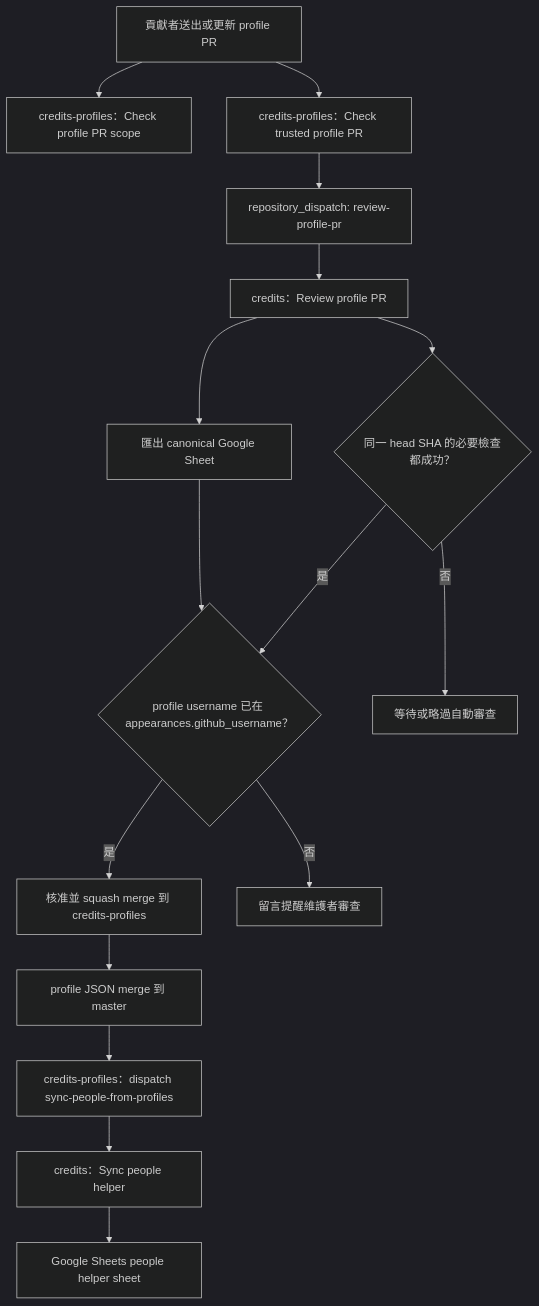
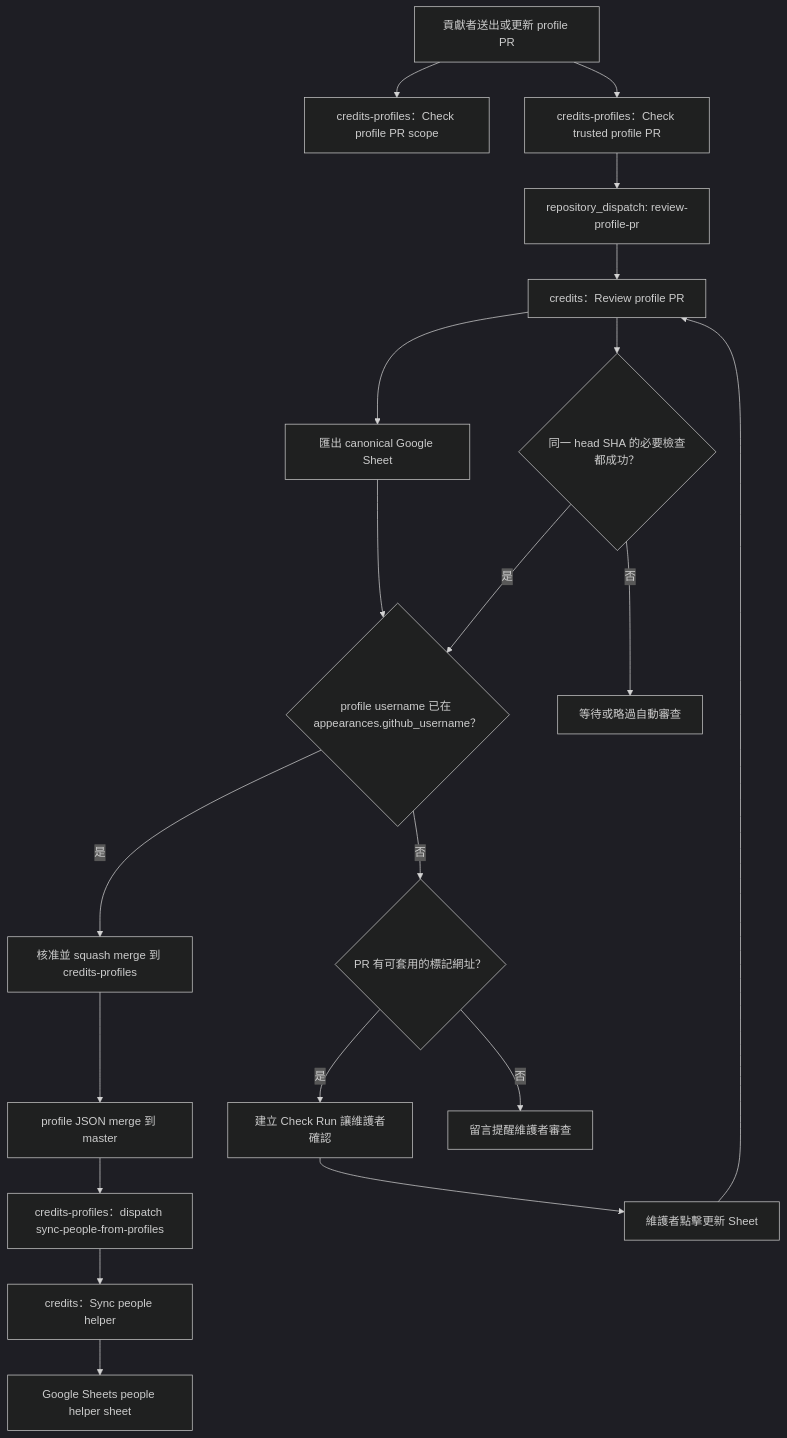
One commit to arnoldsky-yu/credits changed the first of 4 diagrams in docs/workflows.md. Above: the diagram before and after it, drawn with Mermaid (dark theme). The commit also changed other lines of this file and 14 other files, not shown here.

Commit message:
feat: confirm profile claims from PR checks

````diff
--- a/docs/workflows.md
+++ b/docs/workflows.md
@@ -9,18 +9,22 @@
 ```mermaid
 flowchart TD
   contributor["貢獻者送出或更新 profile PR"] --> guard["credits-profiles：Check profile PR scope"]
   contributor --> trusted["credits-profiles：Check trusted profile PR"]
   trusted --> dispatchReview["repository_dispatch: review-profile-pr"]
   dispatchReview --> review["credits：Review profile PR"]
   review --> exportSheet["匯出 canonical Google Sheet"]
   review --> checkStatus{"同一 head SHA 的必要檢查都成功？"}
   exportSheet --> checkAppearance{"profile username 已在 appearances.github_username？"}
   checkStatus -->|是| checkAppearance
   checkStatus -->|否| waitOrSkip["等待或略過自動審查"]
   checkAppearance -->|是| approveMerge["核准並 squash merge 到 credits-profiles"]
-  checkAppearance -->|否| maintainerComment["留言提醒維護者審查"]
+  checkAppearance -->|否| claimCheck{"PR 有可套用的標記網址？"}
+  claimCheck -->|是| confirmCheck["建立 Check Run 讓維護者確認"]
+  claimCheck -->|否| maintainerComment["留言提醒維護者審查"]
+  confirmCheck --> applyClaims["維護者點擊更新 Sheet"]
+  applyClaims --> review
   approveMerge --> merged["profile JSON merge 到 master"]
   merged --> syncDispatch["credits-profiles：dispatch sync-people-from-profiles"]
   syncDispatch --> syncPeople["credits：Sync people helper"]
   syncPeople --> peopleSheet["Google Sheets people helper sheet"]
 ```
````
